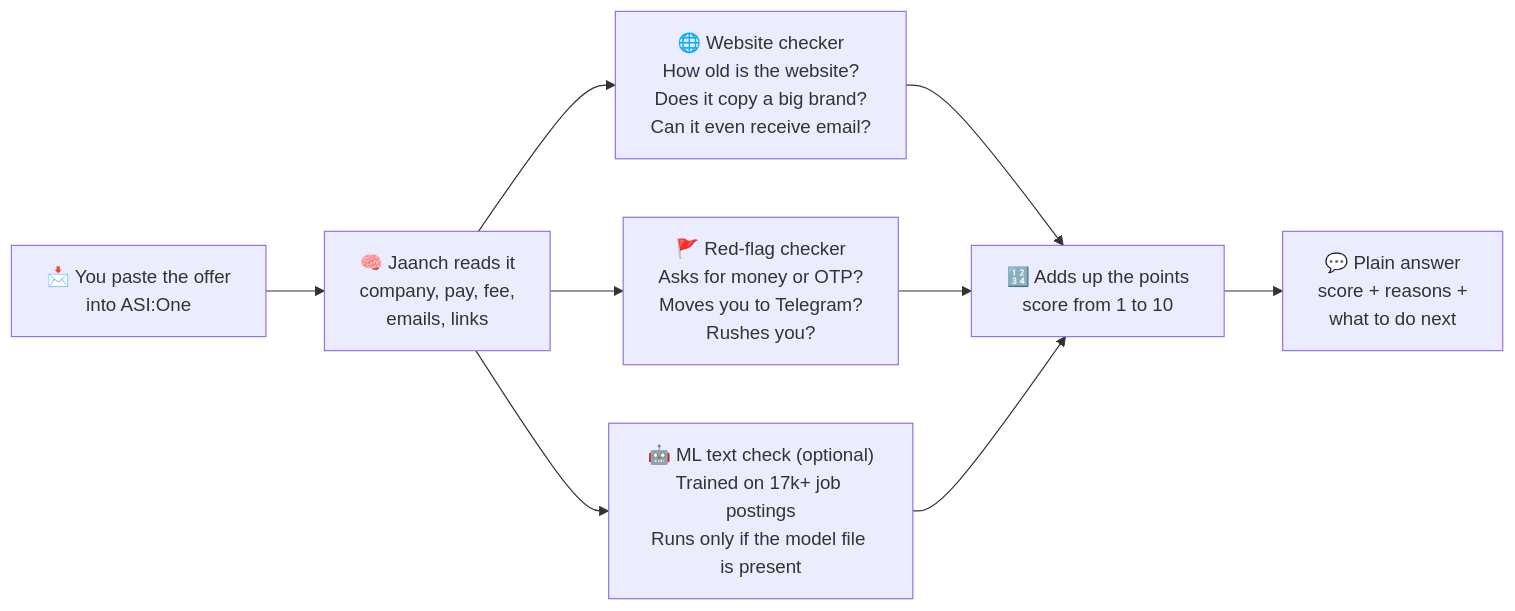
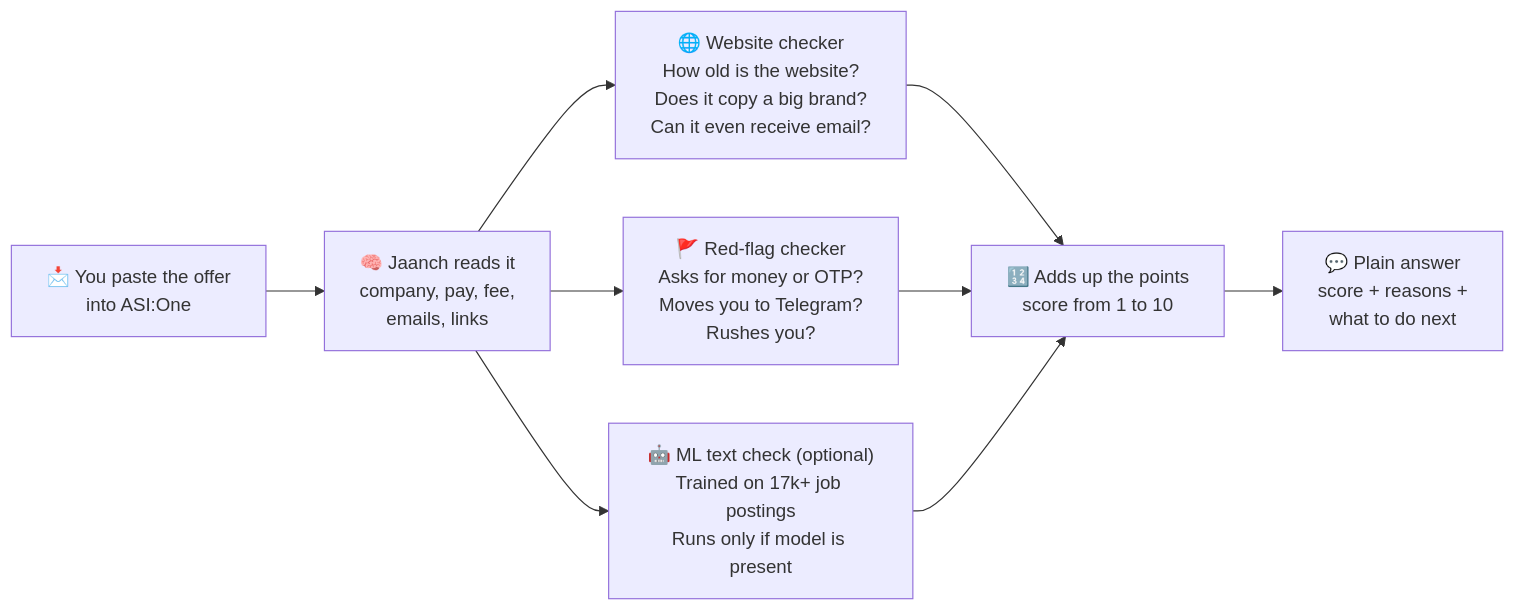
One commit to abhishekgoswami0720/jaanch changed the second of 3 diagrams in README.md. Above: the diagram before and after it, drawn with Mermaid. The commit also changed other lines of this file and 14 other files, not shown here.

````diff
--- a/README.md
+++ b/README.md
@@ -32,11 +80,11 @@
 ```mermaid
 flowchart LR
     A["📩 You paste the offer<br/>into ASI:One"] --> B["🧠 Jaanch reads it<br/>company, pay, fee,<br/>emails, links"]
     B --> C["🌐 Website checker<br/>How old is the website?<br/>Does it copy a big brand?<br/>Can it even receive email?"]
     B --> D["🚩 Red-flag checker<br/>Asks for money or OTP?<br/>Moves you to Telegram?<br/>Rushes you?"]
-    B --> ML["🤖 ML text check (optional)<br/>Trained on 17k+ job postings<br/>Runs only if the model file is present"]
+    B --> ML["🤖 ML text check (optional)<br/>Trained on 17k+ job postings<br/>Runs only if model is present"]
     C --> E["🔢 Adds up the points<br/>score from 1 to 10"]
     D --> E
     ML --> E
     E --> F["💬 Plain answer<br/>score + reasons +<br/>what to do next"]
 ```
````
